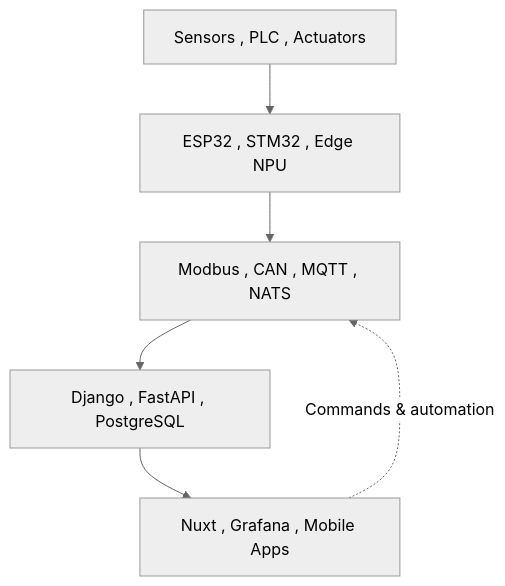
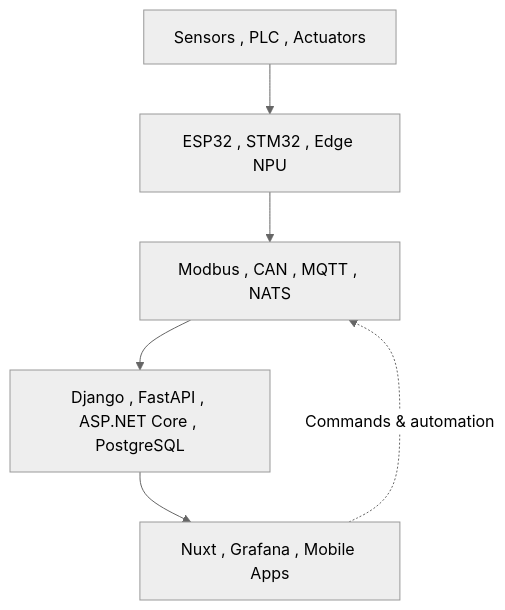
The diagram in README.md (khulqu15/khulqu15), drawn with Mermaid (neutral theme) before and after one commit. The commit also changed other lines of this file, not shown here.

Commit message:
Add ASP.NET Core to tech stack and project list

````diff
--- a/README.md
+++ b/README.md
@@ -46,8 +46,8 @@
 ```mermaid
 flowchart TD
     A["Sensors , PLC , Actuators"] --> B["ESP32 , STM32 , Edge NPU"]
     B --> C["Modbus , CAN , MQTT , NATS"]
-    C --> D["Django , FastAPI , PostgreSQL"]
+    C --> D["Django , FastAPI , ASP.NET Core , PostgreSQL"]
     D --> E["Nuxt , Grafana , Mobile Apps"]
     E -. "Commands & automation" .-> C
 ```
````
